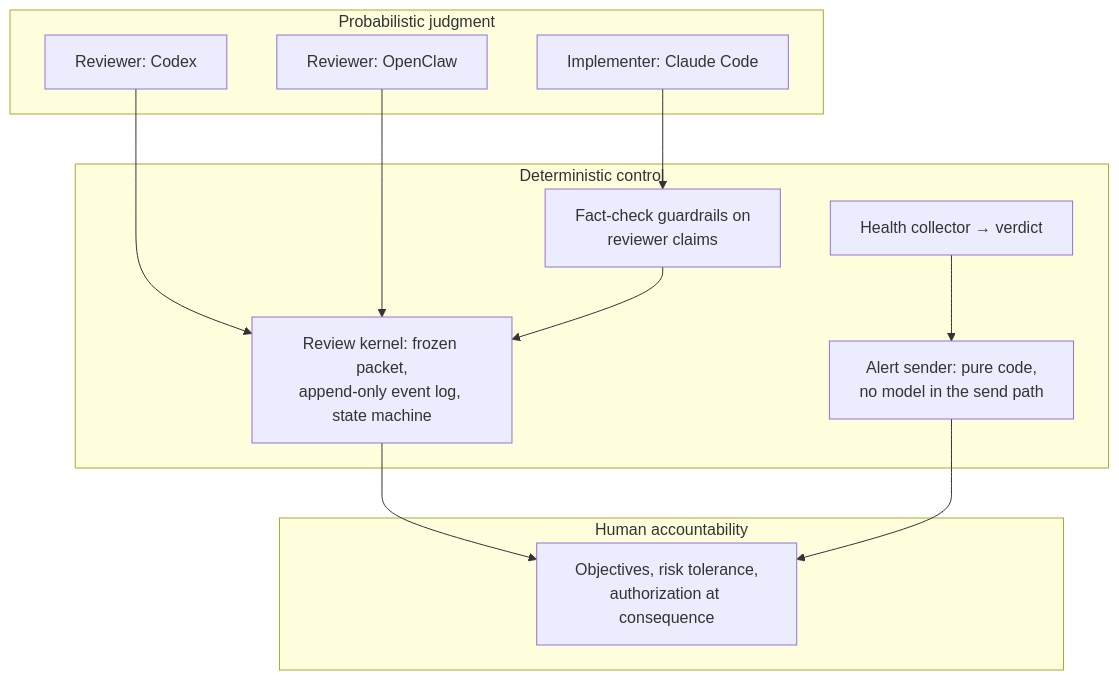
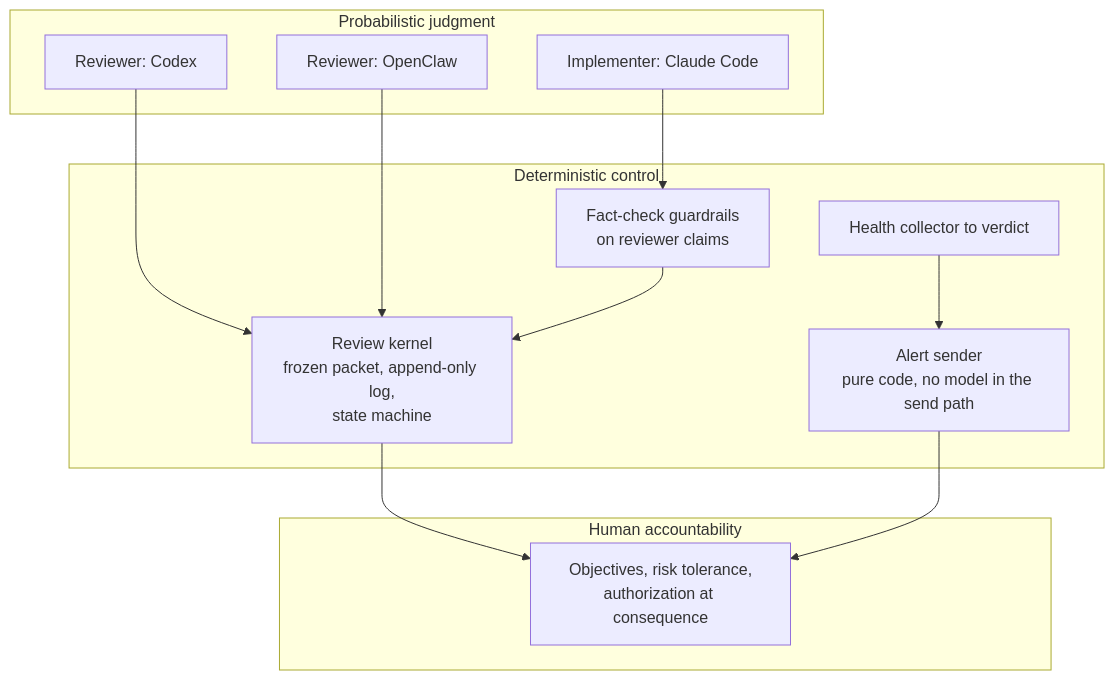
One commit to justinzealand/executive-ai-portfolio changed the diagram in diagrams/03-three-layer-trust-model.mmd. Above: the diagram before and after it, drawn with Mermaid. The commit also changed 10 other files, not shown here.

Commit message:
Render-safe diagrams, gitignore, linguist attributes

```diff
--- a/diagrams/03-three-layer-trust-model.mmd
+++ b/diagrams/03-three-layer-trust-model.mmd
@@ -1,18 +1,22 @@
 flowchart TB
-  subgraph L1[Probabilistic judgment]
-    M1[Reviewer: Codex] 
-    M2[Reviewer: OpenClaw]
-    M3[Implementer: Claude Code]
+  subgraph L1["Probabilistic judgment"]
+    M1["Reviewer: Codex"]
+    M2["Reviewer: OpenClaw"]
+    M3["Implementer: Claude Code"]
   end
-  subgraph L2[Deterministic control]
-    K[Review kernel: frozen packet,<br/>append-only event log, state machine]
-    HC[Health collector → verdict]
-    AS[Alert sender: pure code,<br/>no model in the send path]
-    FC[Fact-check guardrails on<br/>reviewer claims]
+  subgraph L2["Deterministic control"]
+    K["Review kernel<br/>frozen packet, append-only log,<br/>state machine"]
+    FC["Fact-check guardrails<br/>on reviewer claims"]
+    HC["Health collector to verdict"]
+    AS["Alert sender<br/>pure code, no model in the send path"]
   end
-  subgraph L3[Human accountability]
-    HU[Objectives, risk tolerance,<br/>authorization at consequence]
+  subgraph L3["Human accountability"]
+    HU["Objectives, risk tolerance,<br/>authorization at consequence"]
   end
-  M1 & M2 --> K --> HU
-  M3 --> FC --> K
-  HC --> AS --> HU
+  M1 --> K
+  M2 --> K
+  M3 --> FC
+  FC --> K
+  K --> HU
+  HC --> AS
+  AS --> HU
```
